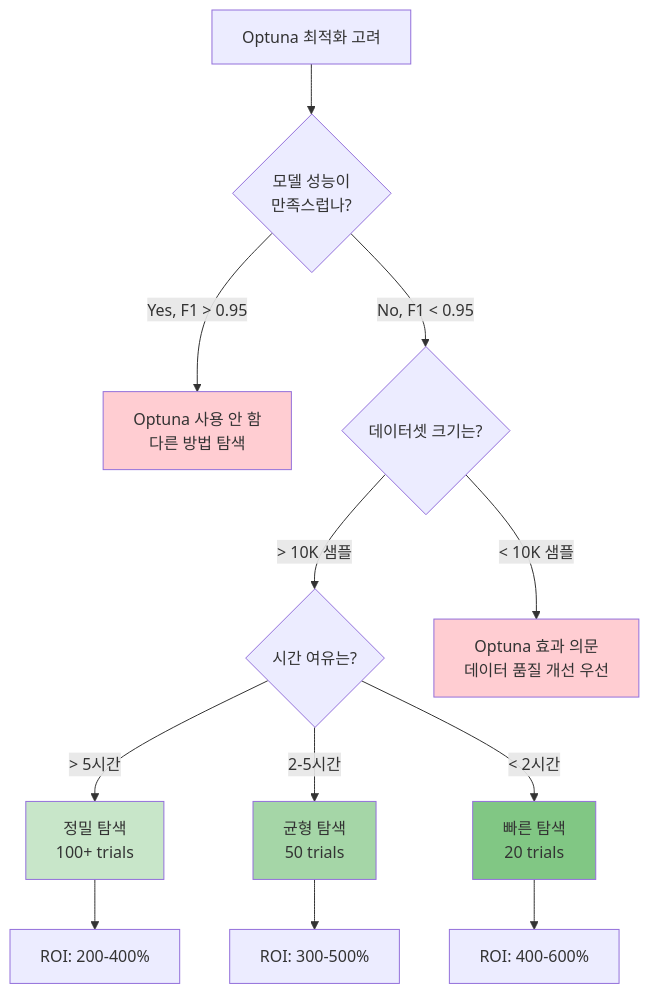
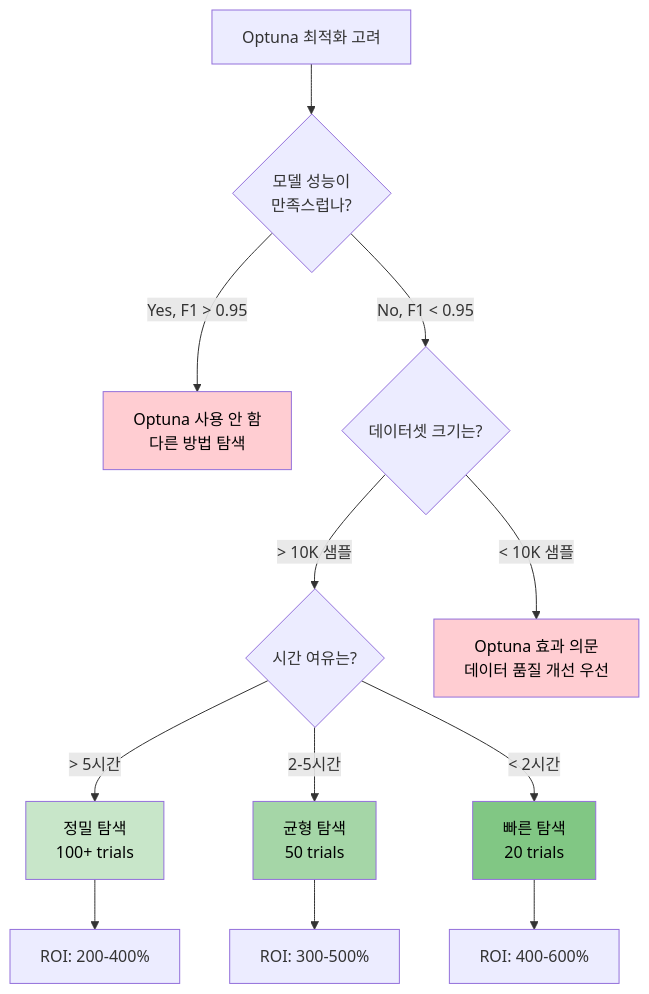
One commit to nimnusmik/CV_documents_classification_competition changed the second of 2 diagrams in docs/최적화/Optuna_최적화_효과_및_전략분석.md. Above: the diagram before and after it, drawn with Mermaid. The commit also changed other lines of this file and 11 other files, not shown here.

Commit message:
docs: mermaid 글자 색상 명확한 검정색으로 수정

````diff
--- a/docs/최적화/Optuna_최적화_효과_및_전략분석.md
+++ b/docs/최적화/Optuna_최적화_효과_및_전략분석.md
@@ -397,24 +397,24 @@
 ```mermaid
 graph TD
     A[Optuna 최적화 고려] --> B{모델 성능이<br/>만족스럽나?}
     
     B -->|Yes, F1 > 0.95| C[Optuna 사용 안 함<br/>다른 방법 탐색]
     B -->|No, F1 < 0.95| D{데이터셋 크기는?}
     
     D -->|> 10K 샘플| E{시간 여유는?}
     D -->|< 10K 샘플| F[Optuna 효과 의문<br/>데이터 품질 개선 우선]
     
     E -->|> 5시간| G[정밀 탐색<br/>100+ trials]
     E -->|2-5시간| H[균형 탐색<br/>50 trials]
     E -->|< 2시간| I[빠른 탐색<br/>20 trials]
     
     G --> J[ROI: 200-400%]
     H --> K[ROI: 300-500%]
     I --> L[ROI: 400-600%]
     
-    style G fill:#c8e6c9
-    style H fill:#a5d6a7  
-    style I fill:#81c784
-    style C fill:#ffcdd2
-    style F fill:#ffcdd2
+    style G fill:#c8e6c9, color:#000000
+    style H fill:#a5d6a7, color:#000000  
+    style I fill:#81c784, color:#000000
+    style C fill:#ffcdd2, color:#000000
+    style F fill:#ffcdd2, color:#000000
 ```
````
